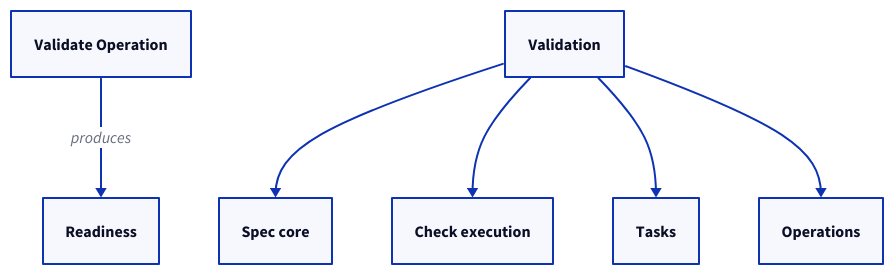
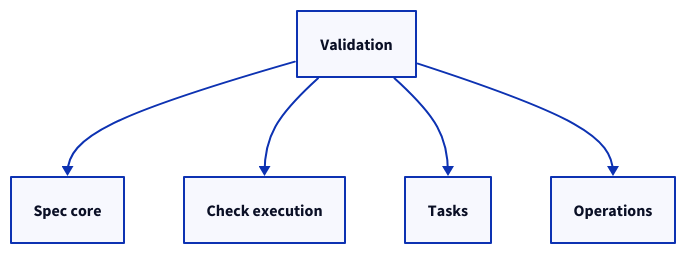
Before and after one commit to FTOD/concorde: the second of 2 diagrams in specs/concorde/operations/validation/module.md, drawn with D2. The commit also changed other lines of this file and 21 other files, not shown here.

First line of the commit message:
Rewrite every Module entry with diagrams and an implementation overview

````diff
--- a/specs/concorde/operations/validation/module.md
+++ b/specs/concorde/operations/validation/module.md
@@ -151,14 +142,11 @@
 ```d2
-op: Validate Operation
-readiness: Readiness
 validation: Validation
 spec: Spec core
 checks: Check execution
 tasks: Tasks
 operations: Operations
-op -> readiness: produces
 validation -> spec
 validation -> checks
 validation -> tasks
 validation -> operations
 ```
````
